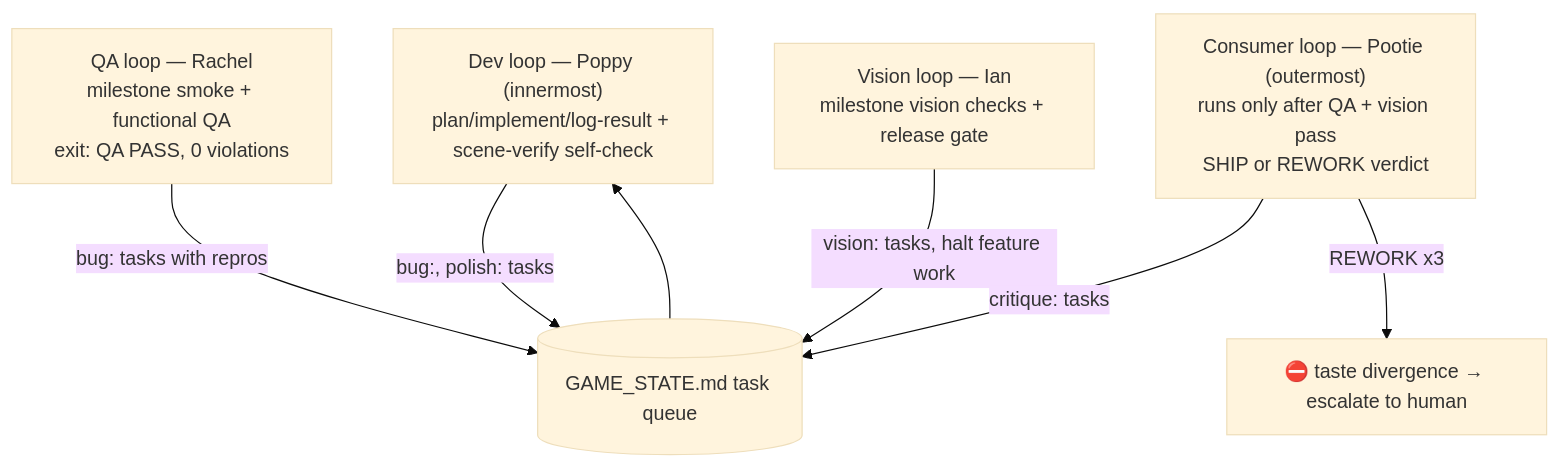
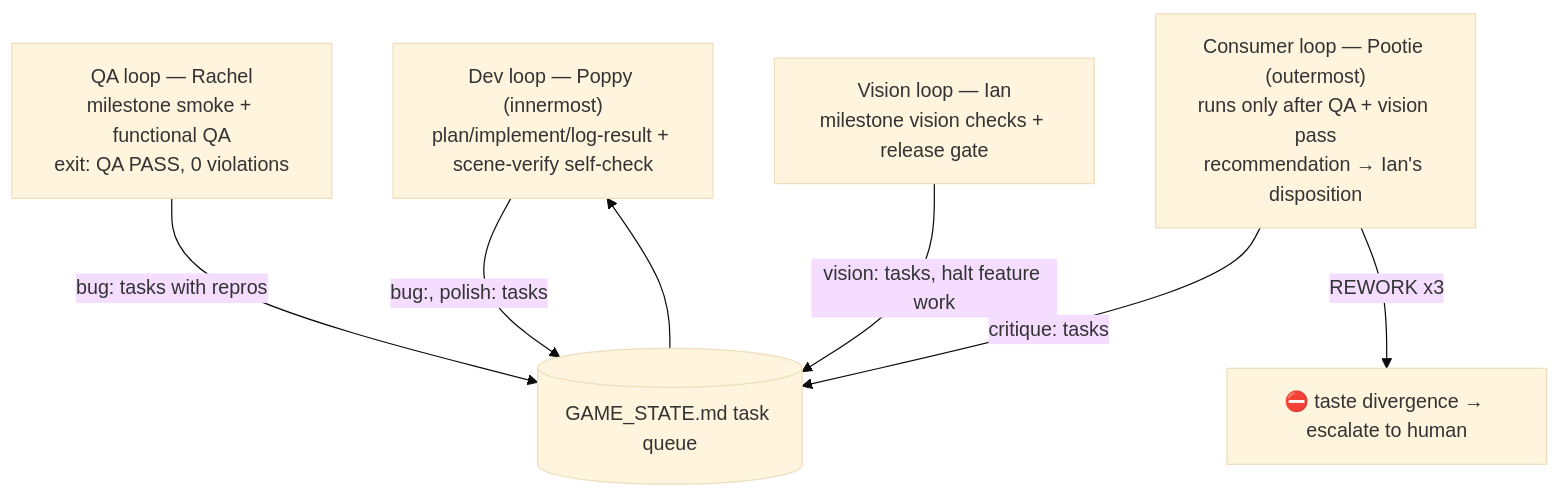
One commit to mcanevet/MythicQuest changed the diagram in agents/build.md. Above: the diagram before and after it, drawn with Mermaid (base theme). The commit also changed other lines of this file and 3 other files, not shown here.

First line of the commit message:
pootie: recommendation not verdict — ian owns the ship call; audio blindness disclosed

````diff
--- a/agents/build.md
+++ b/agents/build.md
@@ -71,13 +71,13 @@
 ```mermaid
 flowchart TB
     Dev["Dev loop — Poppy (innermost)<br/>plan/implement/log-result + scene-verify self-check"]
     Dev -->|"bug:, polish: tasks"| Queue[("GAME_STATE.md task queue")]
     QA["QA loop — Rachel<br/>milestone smoke + functional QA<br/>exit: QA PASS, 0 violations"]
     QA -->|"bug: tasks with repros"| Queue
     Vision["Vision loop — Ian<br/>milestone vision checks + release gate"]
     Vision -->|"vision: tasks, halt feature work"| Queue
-    Consumer["Consumer loop — Pootie (outermost)<br/>runs only after QA + vision pass<br/>SHIP or REWORK verdict"]
+    Consumer["Consumer loop — Pootie (outermost)<br/>runs only after QA + vision pass<br/>recommendation → Ian's disposition"]
     Consumer -->|"critique: tasks"| Queue
     Consumer -->|"REWORK x3"| Human["⛔ taste divergence → escalate to human"]
     Queue --> Dev
 ```
````
